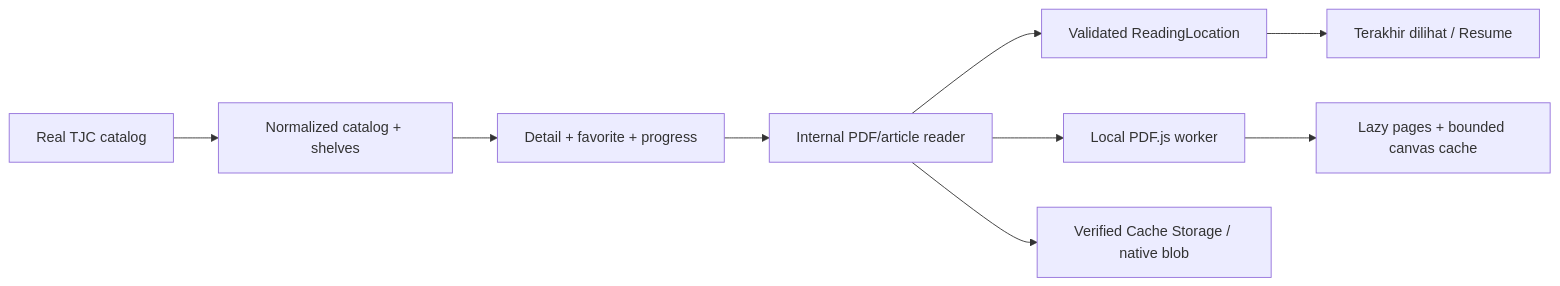
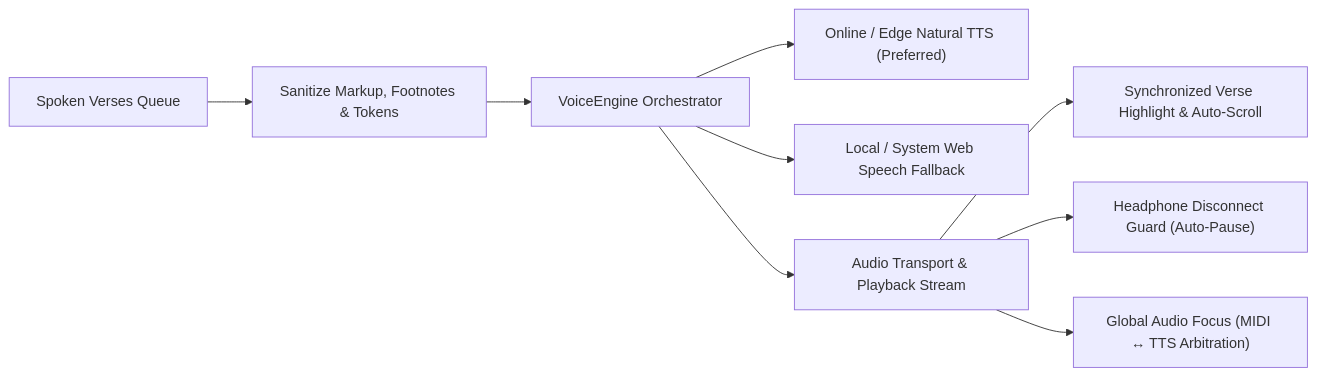
One commit to gyspnk/GYSApp-Tauri changed diagram 14 of 21 in docs/architecture.md. Above: the diagram before and after it, drawn with Mermaid. The commit also changed other lines of this file and 27 other files, not shown here.

Commit message:
feat: complete mobile worship hardening, quick goto drag navigation, synchronized split reading, and architecture documentation

````diff
--- a/docs/architecture.md
+++ b/docs/architecture.md
@@ -237,11 +333,11 @@
 ```mermaid
 flowchart LR
-  CATALOG["Real TJC catalog"] --> INDEX["Normalized catalog + shelves"]
-  INDEX --> DETAIL["Detail + favorite + progress"]
-  DETAIL --> READER["Internal PDF/article reader"]
-  READER --> LOCATION["Validated ReadingLocation"]
-  LOCATION --> RECENT["Terakhir dilihat / Resume"]
-  READER --> PDFJS["Local PDF.js worker"]
-  PDFJS --> PAGES["Lazy pages + bounded canvas cache"]
-  READER --> OFFLINE["Verified Cache Storage / native blob"]
+  VERSES["Spoken Verses Queue"] --> SANITIZE["Sanitize Markup, Footnotes & Tokens"]
+  SANITIZE --> VOICEENGINE["VoiceEngine Orchestrator"]
+  VOICEENGINE --> PREFERRED["Online / Edge Natural TTS (Preferred)"]
+  VOICEENGINE --> FALLBACK["Local / System Web Speech Fallback"]
+  VOICEENGINE --> TRANSPORT["Audio Transport & Playback Stream"]
+  TRANSPORT --> HIGHLIGHT["Synchronized Verse Highlight & Auto-Scroll"]
+  TRANSPORT --> HEADPHONE["Headphone Disconnect Guard (Auto-Pause)"]
+  TRANSPORT --> ARBITRATION["Global Audio Focus (MIDI ↔ TTS Arbitration)"]
 ```
````
